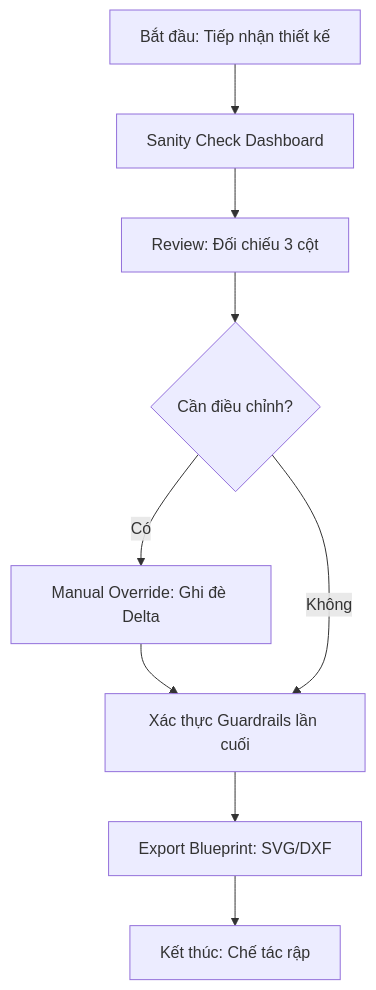
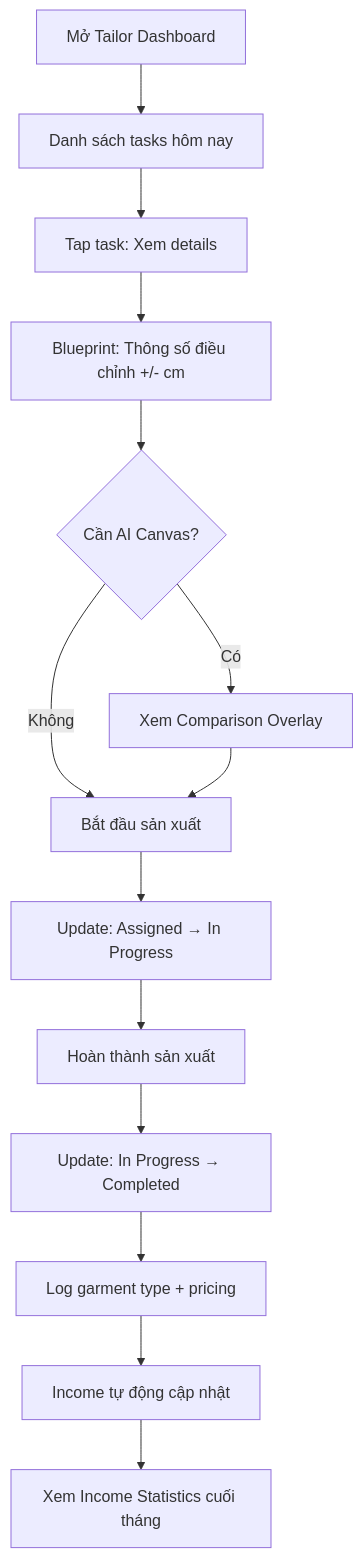
One commit to HaiLammm/datn-tailor-web changed the fourth of 5 diagrams in _bmad-output/planning-artifacts/ux-design-specification.md. Above: the diagram before and after it, drawn with Mermaid. The commit also changed other lines of this file and 29 other files, not shown here.

````diff
--- a/_bmad-output/planning-artifacts/ux-design-specification.md
+++ b/_bmad-output/planning-artifacts/ux-design-specification.md
@@ -163,11 +545,16 @@
 ```mermaid
 graph TD
-    A[Bắt đầu: Tiếp nhận thiết kế] --> B[Sanity Check Dashboard]
-    B --> C[Review: Đối chiếu 3 cột]
-    C --> D{Cần điều chỉnh?}
-    D -- Có --> E[Manual Override: Ghi đè Delta]
-    E --> F[Xác thực Guardrails lần cuối]
-    D -- Không --> F
-    F --> G[Export Blueprint: SVG/DXF]
-    G --> H[Kết thúc: Chế tác rập]
+    A[Mở Tailor Dashboard] --> B[Danh sách tasks hôm nay]
+    B --> C[Tap task: Xem details]
+    C --> D["Blueprint: Thông số điều chỉnh +/- cm"]
+    D --> E{Cần AI Canvas?}
+    E -- Có --> F[Xem Comparison Overlay]
+    E -- Không --> G[Bắt đầu sản xuất]
+    F --> G
+    G --> H["Update: Assigned → In Progress"]
+    H --> I[Hoàn thành sản xuất]
+    I --> J["Update: In Progress → Completed"]
+    J --> K[Log garment type + pricing]
+    K --> L[Income tự động cập nhật]
+    L --> M[Xem Income Statistics cuối tháng]
 ```
````
